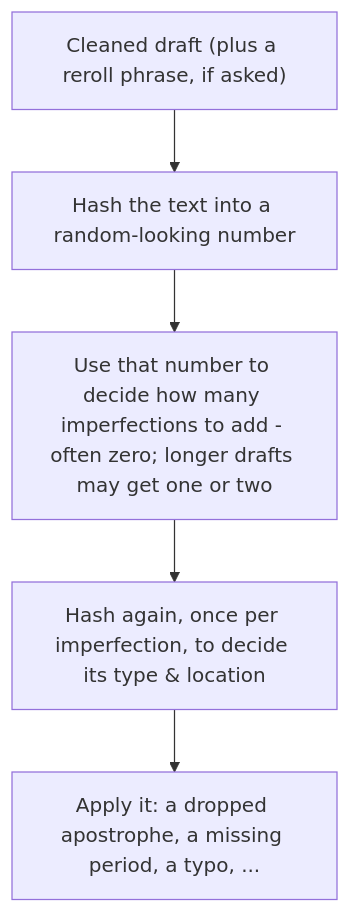
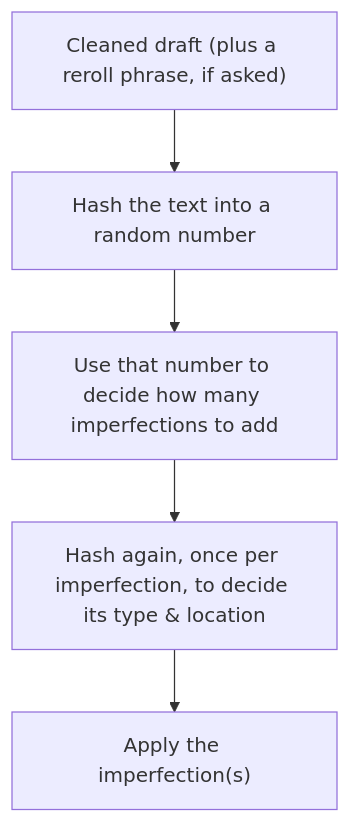
The diagram in README.md (wilu222/unpolish-ai-writing), drawn with Mermaid before and after one commit.

Commit message:
readme cleanup 2

````diff
--- a/README.md
+++ b/README.md
@@ -82,7 +82,7 @@
 ```mermaid
 flowchart TD
-  draft["Cleaned draft (plus a reroll phrase, if asked)"] --> hash1["Hash the text into a random-looking number"]
-  hash1 --> count["Use that number to decide how many imperfections to add - often zero; longer drafts may get one or two"]
+  draft["Cleaned draft (plus a reroll phrase, if asked)"] --> hash1["Hash the text into a random number"]
+  hash1 --> count["Use that number to decide how many imperfections to add"]
   count --> hash2["Hash again, once per imperfection, to decide its type & location"]
-  hash2 --> apply["Apply it: a dropped apostrophe, a missing period, a typo, ..."]
+  hash2 --> apply["Apply the imperfection(s)"]
 ```
````
